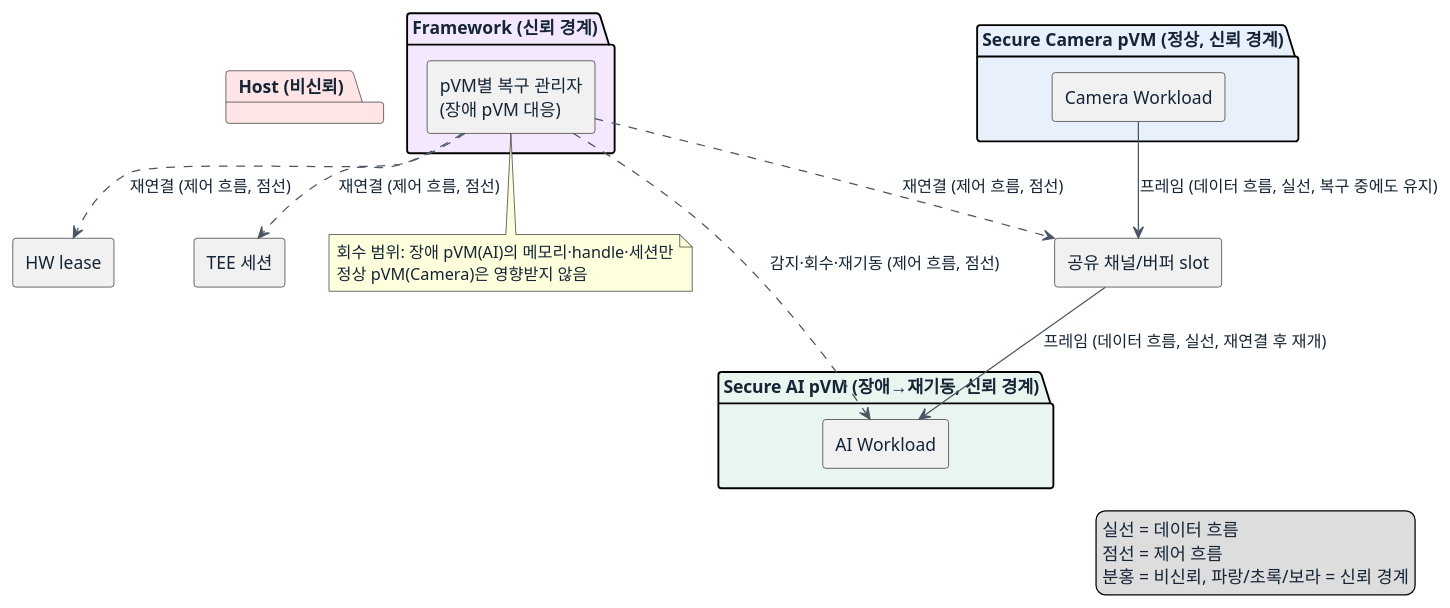
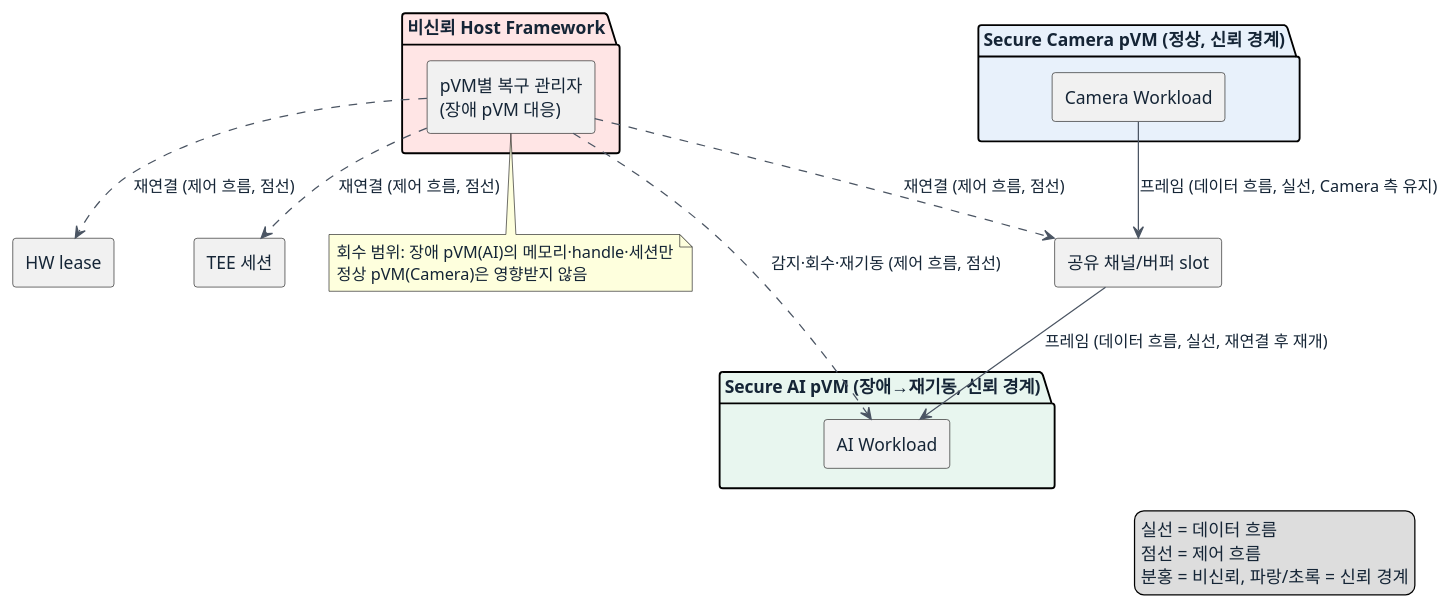
The first of 2 diagrams in docs-dp/DP-07.md (boram1288/test-p), drawn with PlantUML before and after one commit. The commit also changed other lines of this file and 13 other files, not shown here.

Commit message:
Document all architecture decision points

````diff
--- a/docs-dp/DP-07.md
+++ b/docs-dp/DP-07.md
@@ -49,46 +49,43 @@
 ```plantuml
 @startuml
 skinparam shadowing false
 skinparam componentStyle rectangle
 skinparam ArrowColor #4B5563
 skinparam defaultFontColor #152536
 
-package "Host (비신뢰)" #FFE5E5 {
-}
-
-package "Framework (신뢰 경계)" #F3E8FD {
+package "비신뢰 Host Framework" #FFE5E5 {
   [pVM별 복구 관리자\n(장애 pVM 대응)] as RecA
 }
 
 package "Secure Camera pVM (정상, 신뢰 경계)" #E8F1FB {
   [Camera Workload] as Cam
 }
 
 package "Secure AI pVM (장애→재기동, 신뢰 경계)" #E8F6EF {
   [AI Workload] as AI
 }
 
 [공유 채널/버퍼 slot] as Chan
 [HW lease] as HW
 [TEE 세션] as TEESess
 
 RecA ..> AI : 감지·회수·재기동 (제어 흐름, 점선)
 RecA ..> Chan : 재연결 (제어 흐름, 점선)
 RecA ..> HW : 재연결 (제어 흐름, 점선)
 RecA ..> TEESess : 재연결 (제어 흐름, 점선)
 
-Cam -down-> Chan : 프레임 (데이터 흐름, 실선, 복구 중에도 유지)
+Cam -down-> Chan : 프레임 (데이터 흐름, 실선, Camera 측 유지)
 Chan -down-> AI : 프레임 (데이터 흐름, 실선, 재연결 후 재개)
 
 note bottom of RecA
   회수 범위: 장애 pVM(AI)의 메모리·handle·세션만
   정상 pVM(Camera)은 영향받지 않음
 end note
 
 legend right
   실선 = 데이터 흐름
   점선 = 제어 흐름
-  분홍 = 비신뢰, 파랑/초록/보라 = 신뢰 경계
+  분홍 = 비신뢰, 파랑/초록 = 신뢰 경계
 endlegend
 @enduml
 ```
````
